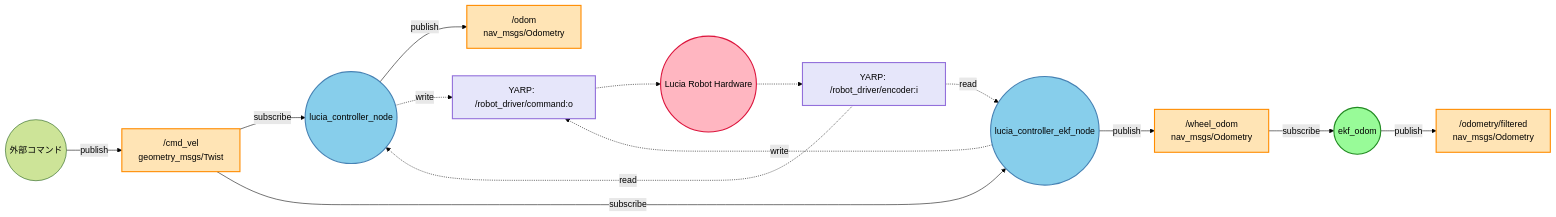
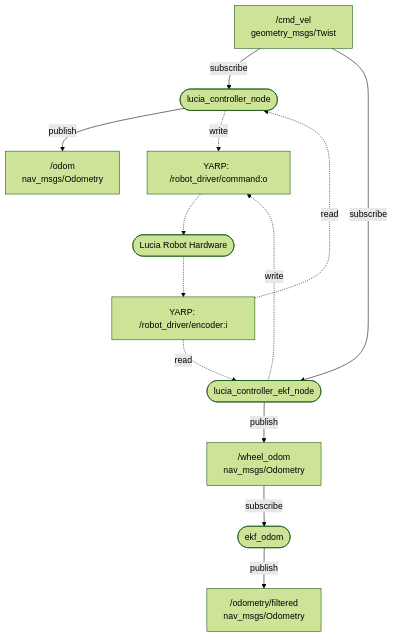
Before and after one commit to iHaruruki/lucia_controller: the diagram in README.md, drawn with Mermaid (forest theme).

Commit message:
Refactor nodes and topics diagram in README
Updated the nodes and topics diagram to use flowchart syntax.

````diff
--- a/README.md
+++ b/README.md
@@ -36,52 +36,18 @@
 ```mermaid
-graph LR
-    %% External Command Source
-    user((外部コマンド))
-    
-    %% ROS Topics
-    cmdvel["/cmd_vel<br/>geometry_msgs/Twist"]
-    odom["/odom<br/>nav_msgs/Odometry"]
-    wheelodom["/wheel_odom<br/>nav_msgs/Odometry"]
-    odomfilt["/odometry/filtered<br/>nav_msgs/Odometry"]
-    
-    %% ROS Nodes
-    controller((lucia_controller_node))
-    controller_ekf((lucia_controller_ekf_node))
-    ekf_node((ekf_odom))
-    
-    %% YARP Ports
-    yarp_cmd["YARP:  /robot_driver/command:o"]
-    yarp_enc["YARP: /robot_driver/encoder:i"]
-    hardware((Lucia Robot Hardware))
-    
-    %% Connections for standard mode
-    user -->|publish| cmdvel
-    cmdvel -->|subscribe| controller
-    controller -->|publish| odom
-    
-    %% Connections for EKF mode
-    cmdvel -->|subscribe| controller_ekf
-    controller_ekf -->|publish| wheelodom
-    wheelodom -->|subscribe| ekf_node
-    ekf_node -->|publish| odomfilt
-    
-    %% YARP connections
-    controller -.->|write| yarp_cmd
-    controller_ekf -.->|write| yarp_cmd
-    yarp_cmd -.-> hardware
-    hardware -.-> yarp_enc
-    yarp_enc -.->|read| controller
-    yarp_enc -.->|read| controller_ekf
-    
-    %% Styling
-    style cmdvel fill:#FFE4B5,stroke:#FF8C00,stroke-width:2px
-    style odom fill:#FFE4B5,stroke:#FF8C00,stroke-width:2px
-    style wheelodom fill:#FFE4B5,stroke:#FF8C00,stroke-width:2px
-    style odomfilt fill:#FFE4B5,stroke:#FF8C00,stroke-width:2px
-    style controller fill:#87CEEB,stroke:#4682B4,stroke-width:2px
-    style controller_ekf fill:#87CEEB,stroke:#4682B4,stroke-width:2px
-    style ekf_node fill:#98FB98,stroke:#228B22,stroke-width:2px
-    style hardware fill:#FFB6C1,stroke:#DC143C,stroke-width:2px
-    style yarp_cmd fill:#E6E6FA,stroke:#9370DB,stroke-width:2px
-    style yarp_enc fill:#E6E6FA,stroke:#9370DB,stroke-width:2px
+---
+config:
+  layout: dagre
+---
+flowchart TD
+    cmdvel["/cmd_vel<br>geometry_msgs/Twist"]
+    cmdvel -- subscribe --> controller(["lucia_controller_node"]) & controller_ekf(["lucia_controller_ekf_node"])
+    controller -- publish --> odom["/odom<br>nav_msgs/Odometry"]
+    controller_ekf -- publish --> wheelodom["/wheel_odom<br>nav_msgs/Odometry"]
+    wheelodom -- subscribe --> ekf_node(["ekf_odom"])
+    ekf_node -- publish --> odomfilt["/odometry/filtered<br>nav_msgs/Odometry"]
+    controller -. write .-> yarp_cmd["YARP:  /robot_driver/command:o"]
+    controller_ekf -. write .-> yarp_cmd
+    yarp_cmd -.-> hardware(["Lucia Robot Hardware"])
+    hardware -.-> yarp_enc["YARP: /robot_driver/encoder:i"]
+    yarp_enc -. read .-> controller & controller_ekf
 ```
````
